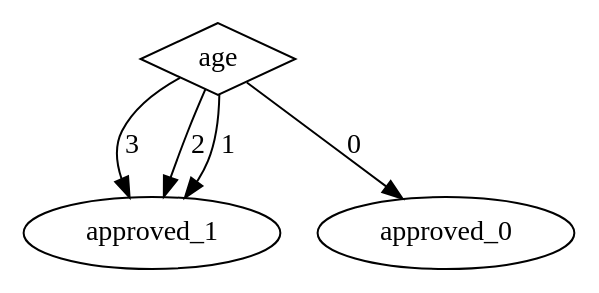
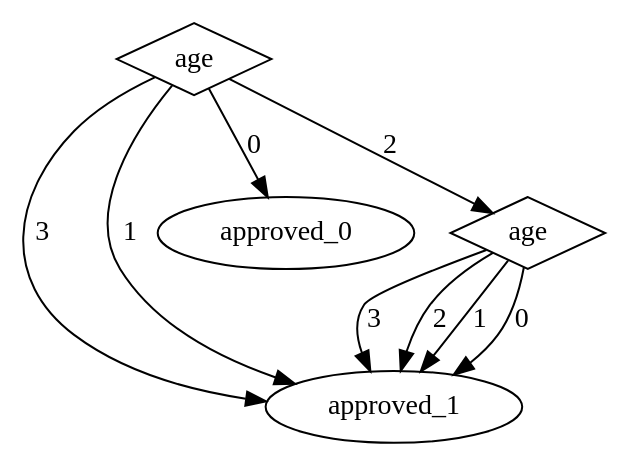
One commit to torfah/synplicate changed the diagram in examples/loan_acquisition/program/program1.dot. Above: the diagram before and after it, drawn with Graphviz. The commit also changed 39 other files, not shown here.

```diff
--- a/examples/loan_acquisition/program/program1.dot
+++ b/examples/loan_acquisition/program/program1.dot
@@ -1,12 +1,20 @@
 digraph {
 node [label=approved_1,style=""] approved_1
 node [label=approved_1,style=""] approved_1
 node [label=approved_1,style=""] approved_1
+node [label=approved_1,style=""] approved_1
+node [label=approved_1,style=""] approved_1
+node [label=approved_1,style=""] approved_1
 node [label=approved_0,style=""] approved_0
+node [label=age,shape="diamond",style=""] 1
 node [label=age,shape="diamond",style=""] 0
 
+1 -> approved_1 [label="3"]
+1 -> approved_1 [label="2"]
+1 -> approved_1 [label="1"]
+1 -> approved_1 [label="0"]
 0 -> approved_1 [label="3"]
-0 -> approved_1 [label="2"]
+0 -> 1 [label="2"]
 0 -> approved_1 [label="1"]
 0 -> approved_0 [label="0"]
 }
```
